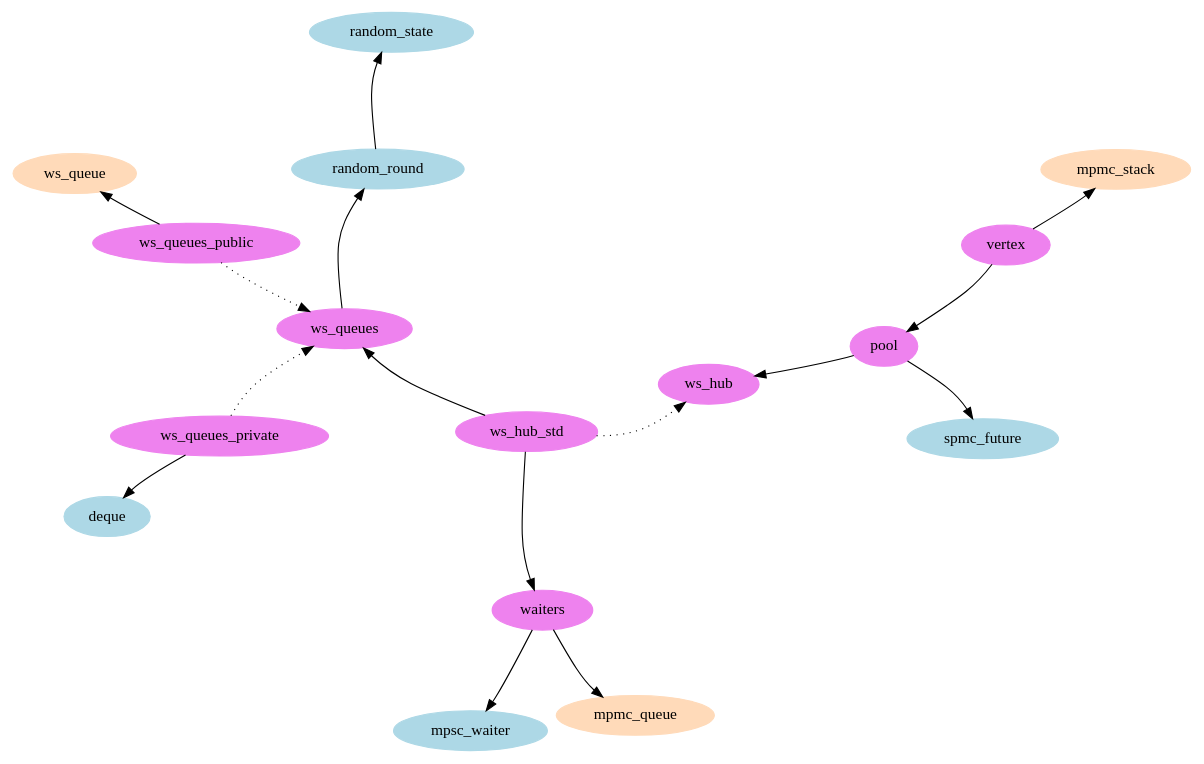
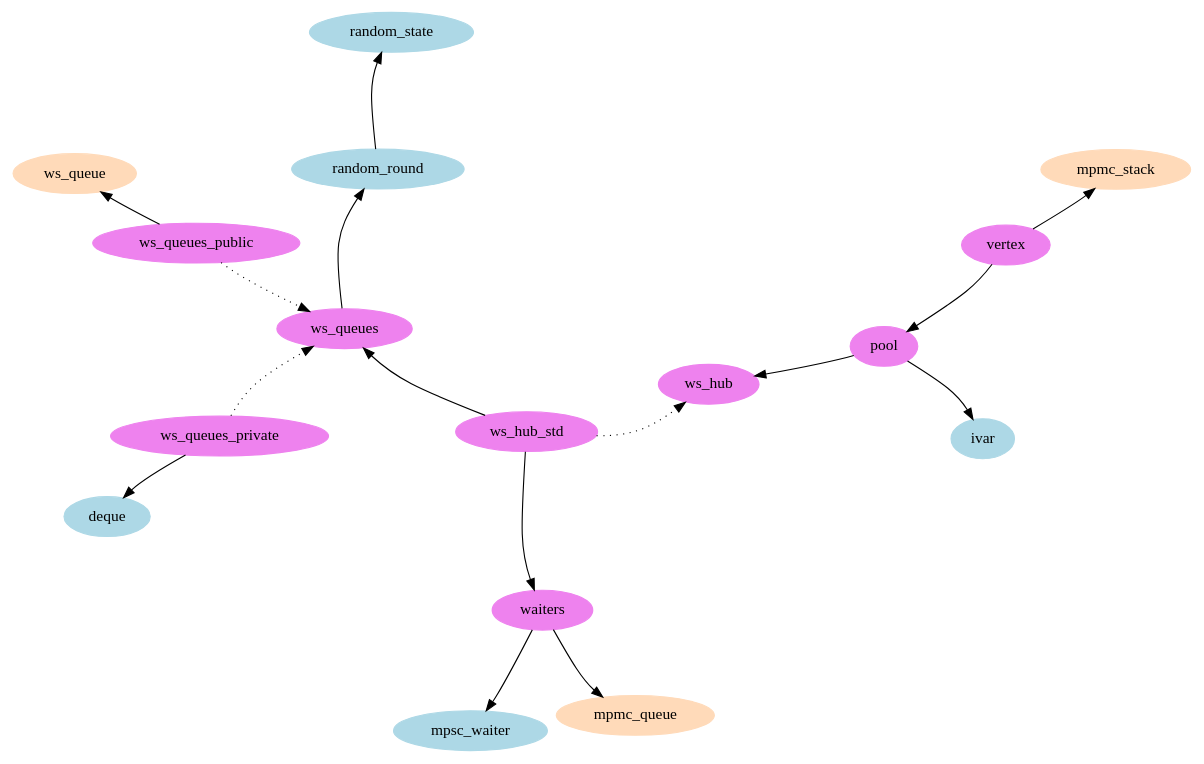
The diagram in doc/parabs.dot (clef-men/zoo), drawn with Graphviz before and after one commit. The commit also changed 6 other files, not shown here.

Commit message:
zoo_parabs/pool: Implement futures using [Ivar_3].

```diff
--- a/doc/parabs.dot
+++ b/doc/parabs.dot
@@ -1,59 +1,59 @@
 digraph {
 	layout=sfdp
 	overlap=false
 	splines=curved
 
 	subgraph cluster_std {
 		label="std"
 		node [style=filled, color=lightblue]
 		random_state [label="random_state"]
 		random_round [label="random_round"]
 		deque [label="deque"]
 		mpsc_waiter [label="mpsc_waiter"]
-		spmc_future [label="spmc_future"]
+		ivar [label="ivar"]
 	}
 
 	subgraph cluster_saturn {
 		label="saturn"
 		node [style=filled, color=peachpuff]
 		mpmc_stack [label="mpmc_stack"]
 		mpmc_queue [label="mpmc_queue"]
 		ws_queue [label="ws_queue"]
 	}
 
 	subgraph cluster_parabs {
 		label="parabs"
 		node [style=filled, color=violet]
 		ws_queues [label="ws_queues"]
 		ws_queues_public [label="ws_queues_public"]
 		ws_queues_private [label="ws_queues_private"]
 		waiters [label="waiters"]
 		ws_hub [label="ws_hub"]
 		ws_hub_std [label="ws_hub_std"]
 		pool [label="pool"]
 		vertex [label="vertex"]
 	}
 
 	random_round -> random_state
 
 	ws_queues_public -> ws_queue
 	ws_queues_public -> ws_queues [style=dotted]
 
 	ws_queues_private -> deque
 	ws_queues_private -> ws_queues [style=dotted]
 
 	ws_queues -> random_round
 
 	waiters -> mpsc_waiter
 	waiters -> mpmc_queue
 
 	ws_hub_std -> ws_queues
 	ws_hub_std -> waiters
 	ws_hub_std -> ws_hub [style=dotted]
 
-	pool -> spmc_future
+	pool -> ivar
 	pool -> ws_hub
 
 	vertex -> mpmc_stack
 	vertex -> pool
 }
```
